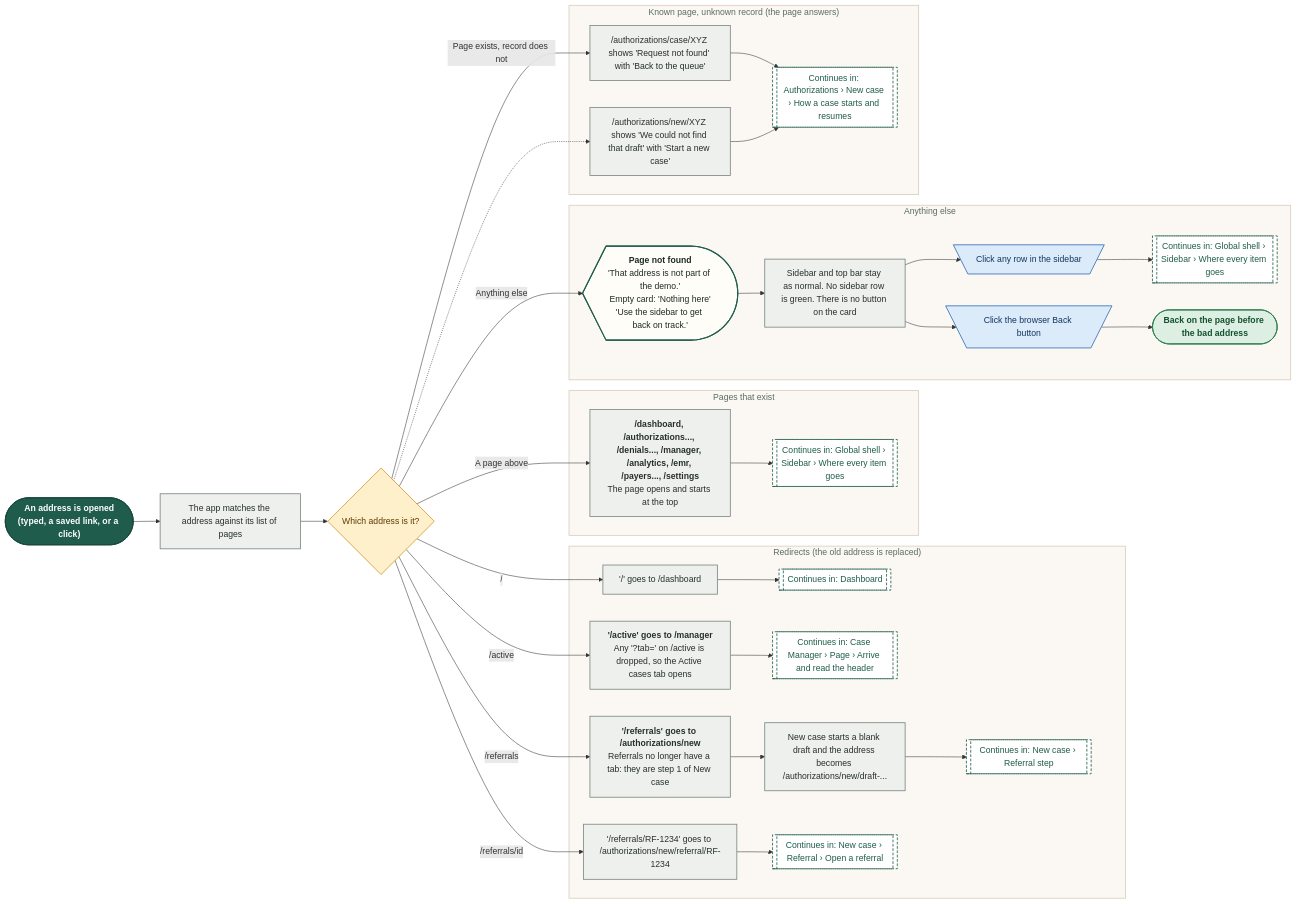
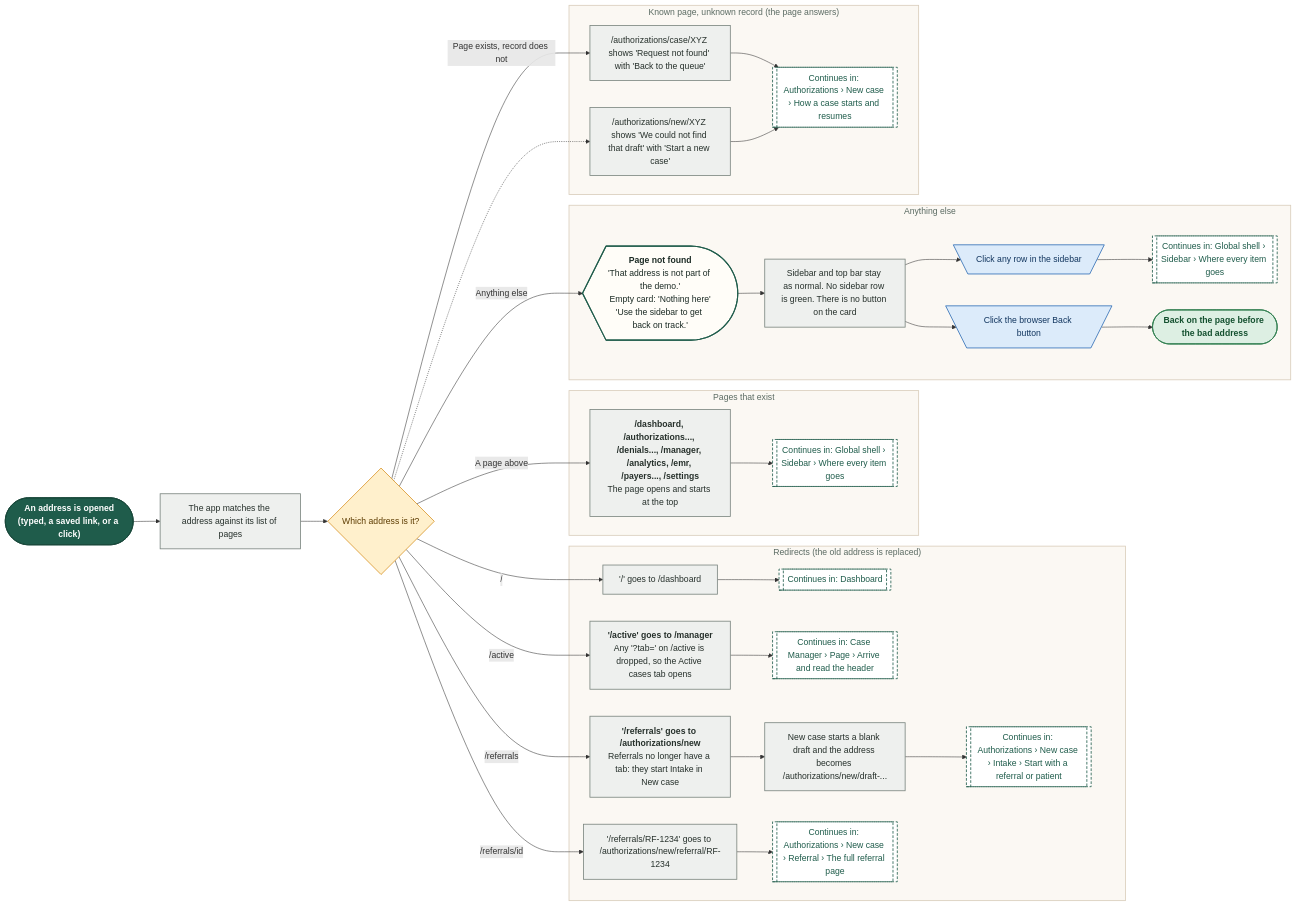
One commit to Shrav143/psyfloapp changed diagram 17 of 18 in demos/prior-auth-demo/workflows/out/md/01-global-shell.md. Above: the diagram before and after it, drawn with Mermaid. The commit also changed other lines of this file and 251 other files, not shown here.

First line of the commit message:
docs: rebuild the workflow diagrams (291) for round 4

````diff
--- a/demos/prior-auth-demo/workflows/out/md/01-global-shell.md
+++ b/demos/prior-auth-demo/workflows/out/md/01-global-shell.md
@@ -1137,75 +1307,75 @@
 ```mermaid
 %%{init: {"theme":"base","themeVariables":{"fontFamily":"'DM Sans', 'Segoe UI', system-ui, sans-serif","fontSize":"15px","lineColor":"#5B6B63","primaryTextColor":"#1C2B25","clusterBkg":"#FBF8F3","clusterBorder":"#D9CDBB","edgeLabelBackground":"#FFFFFF"},"flowchart":{"curve":"basis","nodeSpacing":36,"rankSpacing":48,"padding":12,"htmlLabels":true,"useMaxWidth":false,"wrappingWidth":230}} }%%
 flowchart LR
   classDef k_start fill:#1F5C4B,stroke:#174638,color:#FFFFFF,stroke-width:1.5px,font-weight:600
   classDef k_end fill:#DDEFE3,stroke:#2E7D4F,color:#14502F,stroke-width:1.5px,font-weight:600
   classDef k_endx fill:#FBE3E0,stroke:#C0392B,color:#7A1F16,stroke-width:1.5px,font-weight:600
   classDef k_screen fill:#FFFDF8,stroke:#1F5C4B,color:#1C2B25,stroke-width:2px
   classDef k_overlay fill:#F1F7F3,stroke:#1F5C4B,color:#1C2B25,stroke-width:2px,stroke-dasharray:5 3
   classDef k_click fill:#DCEBFA,stroke:#2F6DB5,color:#12365F,stroke-width:1.5px
   classDef k_input fill:#E4E7FF,stroke:#4C5FD5,color:#1D2670,stroke-width:1.5px
   classDef k_process fill:#EEF0EE,stroke:#7A857F,color:#26302B,stroke-width:1.5px
   classDef k_agent fill:#EEE5FA,stroke:#7A4FC2,color:#341A63,stroke-width:1.5px
   classDef k_decision fill:#FFF0CC,stroke:#D9962B,color:#5C3B00,stroke-width:1.5px
   classDef k_store fill:#D5F0EA,stroke:#1C8E7B,color:#0B4A3F,stroke-width:1.5px
   classDef k_doc fill:#F6E9DC,stroke:#B07A4C,color:#4A2E14,stroke-width:1.5px
   classDef k_ext fill:#FFE6D2,stroke:#E07B39,color:#6B2F06,stroke-width:1.5px
   classDef k_wait fill:#E4E8EE,stroke:#6B7C93,color:#26303D,stroke-width:1.5px
   classDef k_toast fill:#FFF9DB,stroke:#C9A400,color:#5A4A00,stroke-width:1.5px
   classDef k_goto fill:#FFFFFF,stroke:#1F5C4B,color:#1F5C4B,stroke-width:1.5px,stroke-dasharray:5 3
   s1@{ shape: stadium, label: "<b>An address is opened</b><br/>(typed, a saved link, or a click)" }
   p0@{ shape: rect, label: "The app matches the address against its list of pages" }
   d1@{ shape: diam, label: "Which address is it?" }
   subgraph gRed ["Redirects (the old address is replaced)"]
   r1@{ shape: rect, label: "'/' goes to /dashboard" }
   g1@{ shape: subproc, label: "Continues in: Dashboard" }
   r2@{ shape: rect, label: "<b>'/active' goes to /manager</b><br/>Any '?tab=' on /active is dropped, so the Active cases tab opens" }
   g2@{ shape: subproc, label: "Continues in: Case Manager › Page › Arrive and read the header" }
-  r3@{ shape: rect, label: "<b>'/referrals' goes to /authorizations/new</b><br/>Referrals no longer have a tab: they are step 1 of New case" }
+  r3@{ shape: rect, label: "<b>'/referrals' goes to /authorizations/new</b><br/>Referrals no longer have a tab: they start Intake in New case" }
   r3b@{ shape: rect, label: "New case starts a blank draft and the address becomes /authorizations/new/draft-..." }
-  g3@{ shape: subproc, label: "Continues in: New case › Referral step" }
+  g3@{ shape: subproc, label: "Continues in: Authorizations › New case › Intake › Start with a referral or patient" }
   r4@{ shape: rect, label: "'/referrals/RF-1234' goes to /authorizations/new/referral/RF-1234" }
-  g4@{ shape: subproc, label: "Continues in: New case › Referral › Open a referral" }
+  g4@{ shape: subproc, label: "Continues in: Authorizations › New case › Referral › The full referral page" }
   end
   subgraph gKnown ["Pages that exist"]
   k1@{ shape: rect, label: "<b>/dashboard, /authorizations..., /denials..., /manager, /analytics, /emr, /payers..., /settings</b><br/>The page opens and starts at the top" }
   g5@{ shape: subproc, label: "Continues in: Global shell › Sidebar › Where every item goes" }
   end
   subgraph gNo ["Anything else"]
   n1@{ shape: curv-trap, label: "<b>Page not found</b><br/>'That address is not part of the demo.'<br/>Empty card: 'Nothing here'<br/>'Use the sidebar to get back on track.'" }
   n2@{ shape: rect, label: "Sidebar and top bar stay as normal. No sidebar row is green. There is no button on the card" }
   n3@{ shape: trap-t, label: "Click any row in the sidebar" }
   g6@{ shape: subproc, label: "Continues in: Global shell › Sidebar › Where every item goes" }
   n4@{ shape: trap-t, label: "Click the browser Back button" }
   n5@{ shape: stadium, label: "Back on the page before the bad address" }
   end
   subgraph gOwn ["Known page, unknown record (the page answers)"]
   o1@{ shape: rect, label: "/authorizations/case/XYZ shows 'Request not found' with 'Back to the queue'" }
   o2@{ shape: rect, label: "/authorizations/new/XYZ shows 'We could not find that draft' with 'Start a new case'" }
   g7@{ shape: subproc, label: "Continues in: Authorizations › New case › How a case starts and resumes" }
   end
   s1 --> p0 --> d1
   d1 -->|"/"| r1 --> g1
   d1 -->|"/active"| r2 --> g2
   d1 -->|"/referrals"| r3 --> r3b --> g3
   d1 -->|"/referrals/id"| r4 --> g4
   d1 -->|"A page above"| k1 --> g5
   d1 -->|"Anything else"| n1 --> n2
   n2 --> n3 --> g6
   n2 --> n4 --> n5
   d1 -->|"Page exists, record does not"| o1
   o1 --> g7
   o2 --> g7
   d1 -.-> o2
   class s1 k_start
   class p0,r1,r2,r3,r3b,r4,k1,n2,o1,o2 k_process
   class d1 k_decision
   class g1,g2,g3,g4,g5,g6,g7 k_goto
   class n1 k_screen
   class n3,n4 k_click
   class n5 k_end
   style gRed fill:#FBF8F3,stroke:#D9CDBB,stroke-width:1.5px,color:#5B6B63
   style gKnown fill:#FBF8F3,stroke:#D9CDBB,stroke-width:1.5px,color:#5B6B63
   style gNo fill:#FBF8F3,stroke:#D9CDBB,stroke-width:1.5px,color:#5B6B63
   style gOwn fill:#FBF8F3,stroke:#D9CDBB,stroke-width:1.5px,color:#5B6B63
 ```
````
